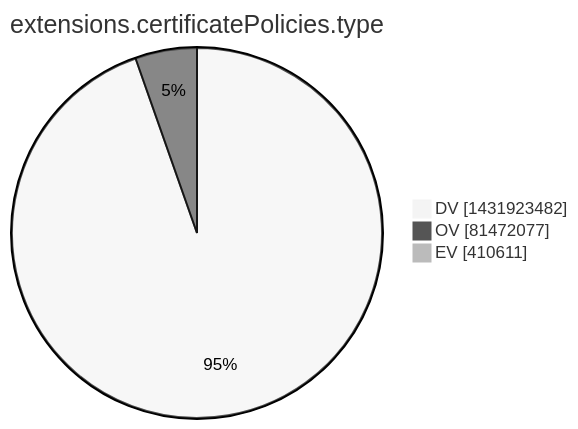
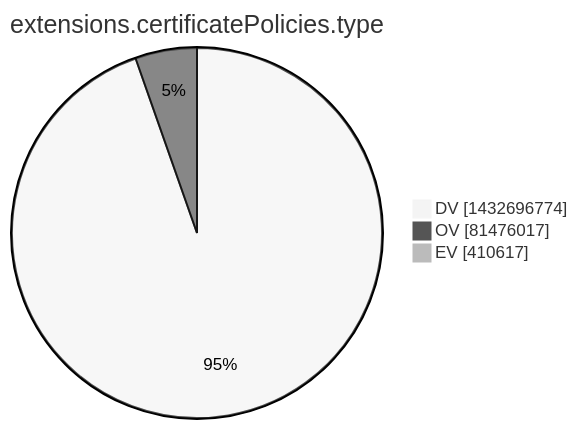
The tenth of 15 diagrams in xenon2022/README.md (christiankrug/ctmonitor_visualization), drawn with Mermaid (neutral theme) before and after one commit. The commit also changed other lines of this file, not shown here.

````diff
--- a/xenon2022/README.md
+++ b/xenon2022/README.md
@@ -2867,7 +2867,7 @@
 ```mermaid
 pie showData
 title extensions.certificatePolicies.type
-"DV" :1431923482
-"OV" :81472077
-"EV" :410611
+"DV" :1432696774
+"OV" :81476017
+"EV" :410617
 ```
````
